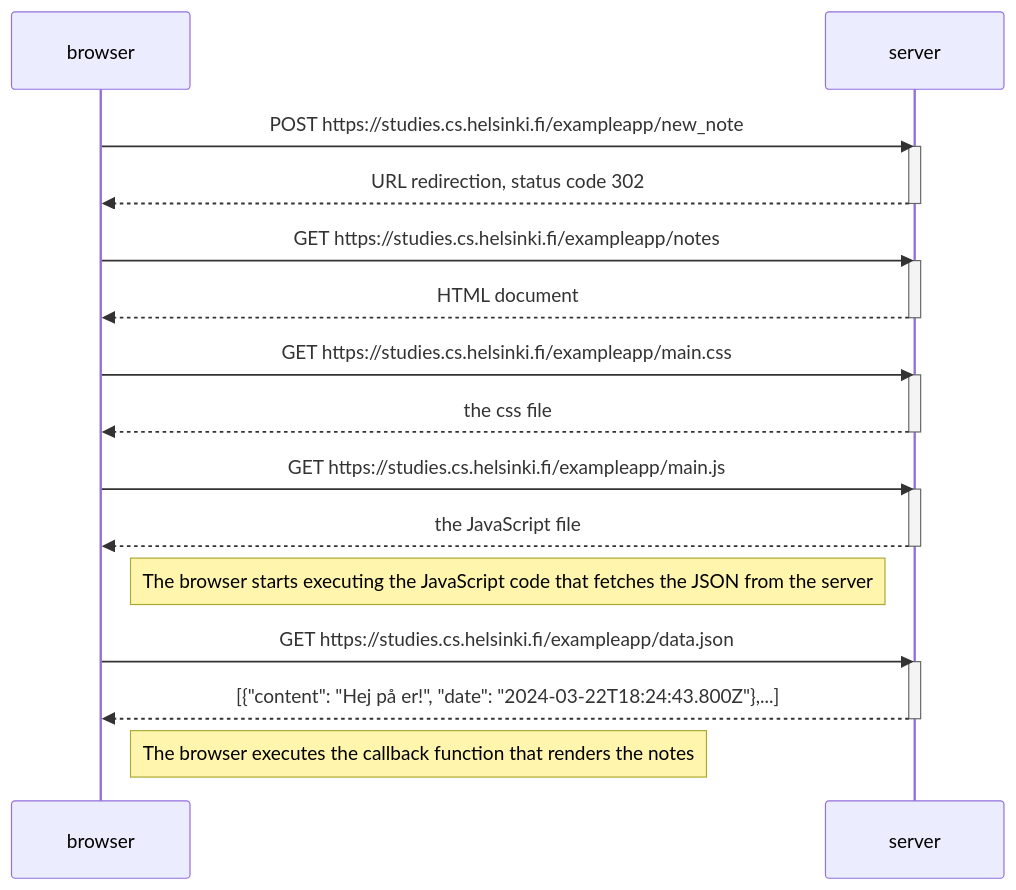
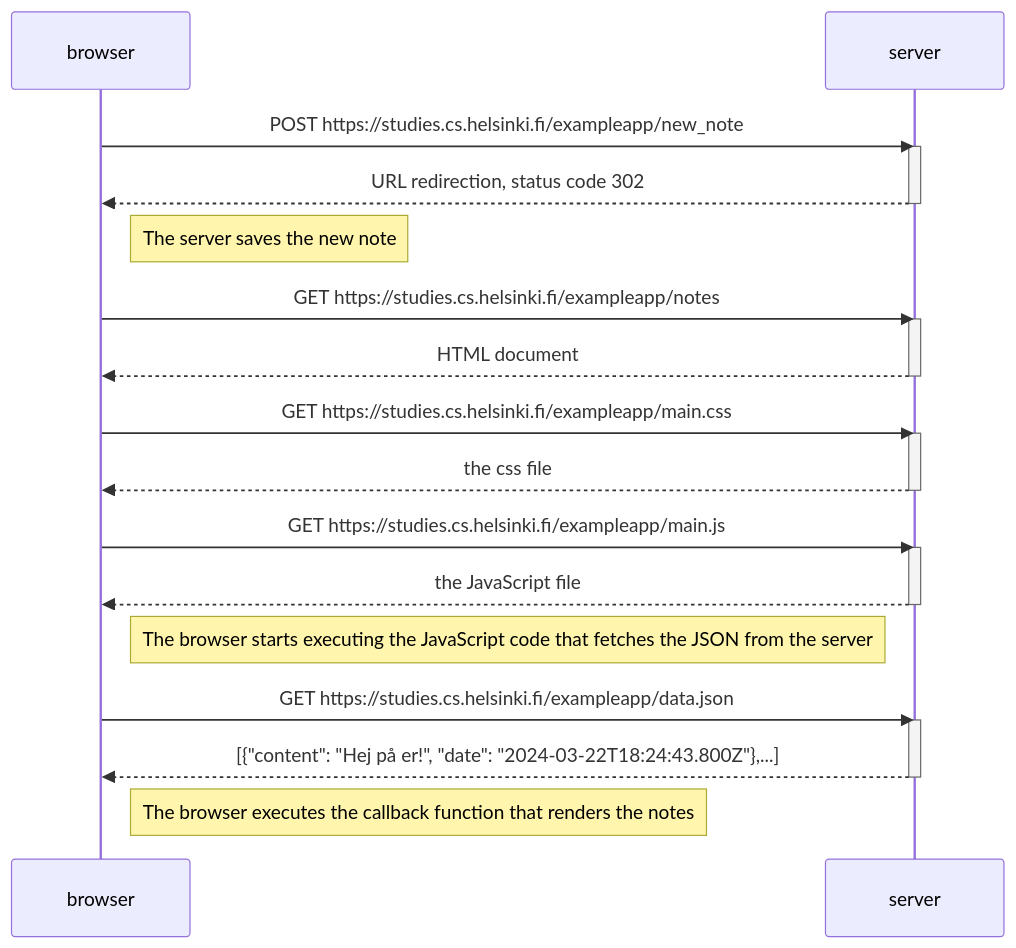
Before and after one commit to randoomeri/fullstack: the diagram in osa0/0.4 uusi muistiinpano.md, drawn with Mermaid.

Commit message:
Update 0.4 uusi muistiinpano.md

````diff
--- a/osa0/0.4 uusi muistiinpano.md
+++ b/osa0/0.4 uusi muistiinpano.md
@@ -1,34 +1,36 @@
 ```mermaid
 sequenceDiagram
     participant browser
     participant server
     
     browser->>server: POST https://studies.cs.helsinki.fi/exampleapp/new_note
     activate server
     server-->>browser: URL redirection, status code 302
     deactivate server
+
+    Note right of browser: The server saves the new note
     
     browser->>server: GET https://studies.cs.helsinki.fi/exampleapp/notes
     activate server
     server-->>browser: HTML document
     deactivate server
     
     browser->>server: GET https://studies.cs.helsinki.fi/exampleapp/main.css
     activate server
     server-->>browser: the css file
     deactivate server
     
     browser->>server: GET https://studies.cs.helsinki.fi/exampleapp/main.js
     activate server
     server-->>browser: the JavaScript file
     deactivate server
 
     Note right of browser: The browser starts executing the JavaScript code that fetches the JSON from the server
 
     browser->>server: GET https://studies.cs.helsinki.fi/exampleapp/data.json
     activate server
     server-->>browser: [{"content": "Hej på er!", "date": "2024-03-22T18:24:43.800Z"},...]
     deactivate server    
 
     Note right of browser: The browser executes the callback function that renders the notes
 ```
````
